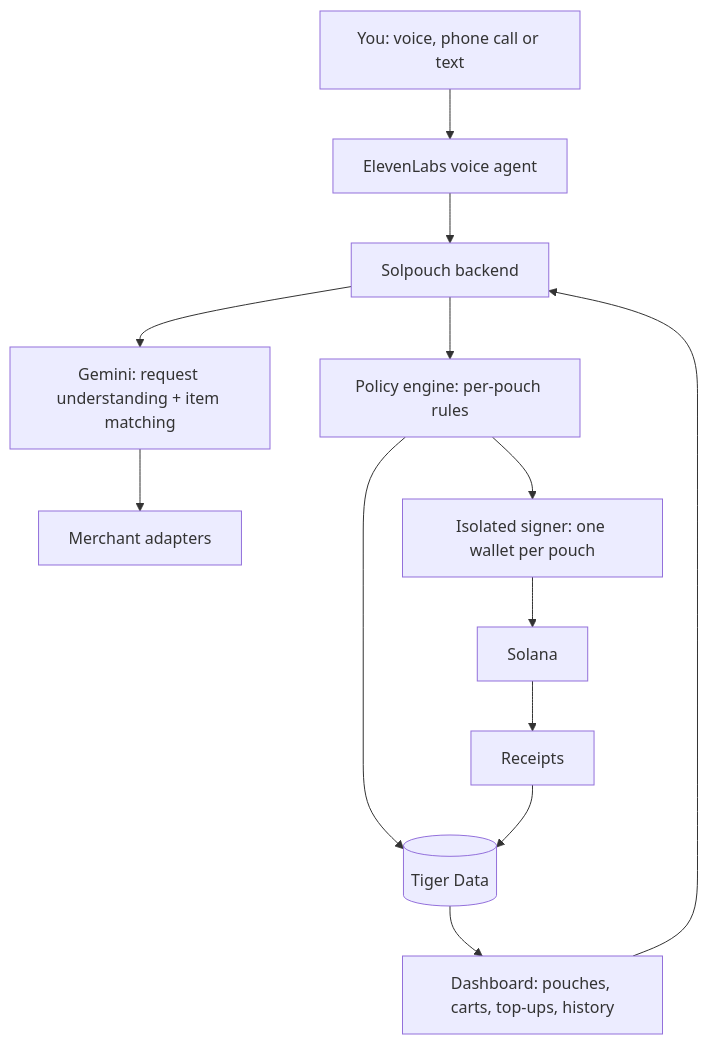
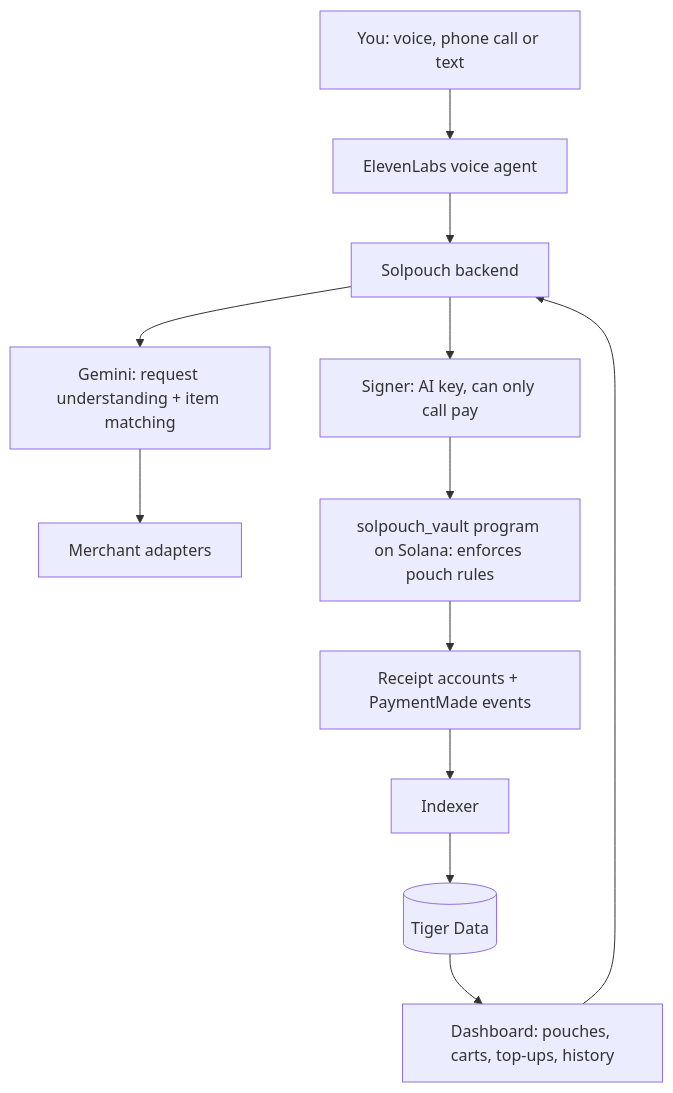
Before and after one commit to ChrissyAFK/Solpouch: the diagram in README.md, drawn with Mermaid. The commit also changed other lines of this file, not shown here.

Commit message:
README: pouches live in our own solpouch_vault Solana program with on-chain rules

````diff
--- a/README.md
+++ b/README.md
@@ -50,15 +73,14 @@
 ```mermaid
 flowchart TD
     U[You: voice, phone call or text] --> V[ElevenLabs voice agent]
     V --> B[Solpouch backend]
     D[Dashboard: pouches, carts, top-ups, history] --> B
     B --> G[Gemini: request understanding + item matching]
     G --> M[Merchant adapters]
-    B --> P[Policy engine: per-pouch rules]
-    P --> T[(Tiger Data)]
-    P --> S[Isolated signer: one wallet per pouch]
-    S --> SOL[Solana]
-    SOL --> R[Receipts]
-    R --> T
+    B --> S[Signer: AI key, can only call pay]
+    S --> VP[solpouch_vault program on Solana: enforces pouch rules]
+    VP --> R[Receipt accounts + PaymentMade events]
+    R --> I[Indexer]
+    I --> T[(Tiger Data)]
     T --> D
 ```
````
